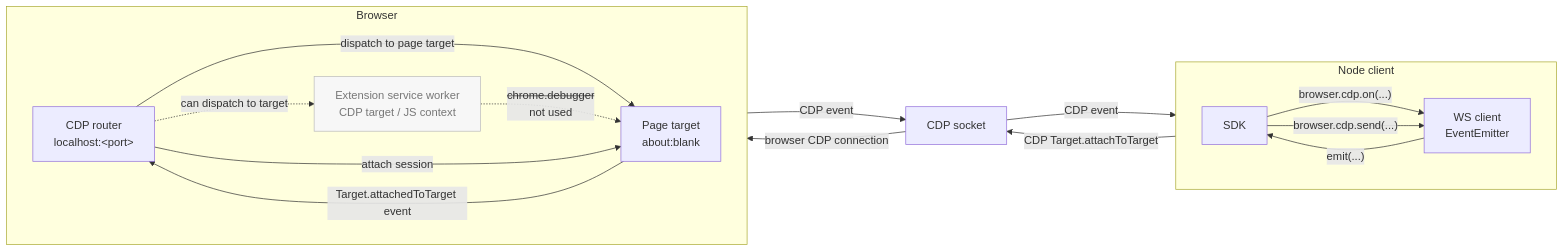
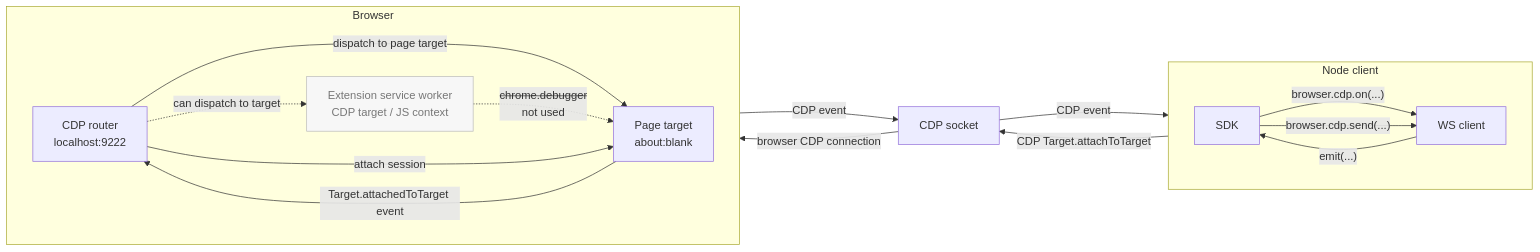
One commit to pirate/chrome-cdp-extension-bridge changed the second of 4 diagrams in README.md. Above: the diagram before and after it, drawn with Mermaid. The commit also changed other lines of this file, not shown here.

Commit message:
Use concrete diagram labels

````diff
--- a/README.md
+++ b/README.md
@@ -73,33 +73,33 @@
 ```mermaid
 flowchart LR
   subgraph Node["Node client"]
     direction LR
     SDK["SDK"]
-    WS["WS client<br/>EventEmitter"]
+    WS["WS client"]
     SDK -->|"browser.cdp.on(...)"| WS
     SDK -->|"browser.cdp.send(...)"| WS
   end
 
   subgraph Browser["Browser"]
     direction LR
-    CDP["CDP router<br/>localhost:&lt;port&gt;"]
+    CDP["CDP router<br/>localhost:9222"]
     SW["Extension service worker<br/>CDP target / JS context"]
     Page["Page target<br/>about:blank"]
     CDP -. "can dispatch to target" .-> SW
     CDP -->|"dispatch to page target"| Page
     SW -. "<s>chrome.debugger</s><br/>not used" .-> Page
   end
 
   Socket["CDP socket"]
 
   WS -->|"CDP Target.attachToTarget"| Socket
   Socket -->|"browser CDP connection"| CDP
   CDP -->|"attach session"| Page
   Page -->|"Target.attachedToTarget event"| CDP
   CDP -->|"CDP event"| Socket
   Socket -->|"CDP event"| WS
   WS -->|"emit(...)"| SDK
 
   classDef idle fill:#f7f7f7,stroke:#bbb,color:#777;
   class SW idle;
 ```
````
